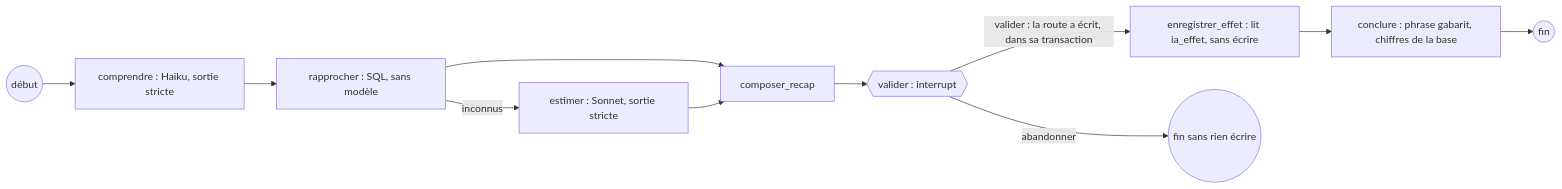
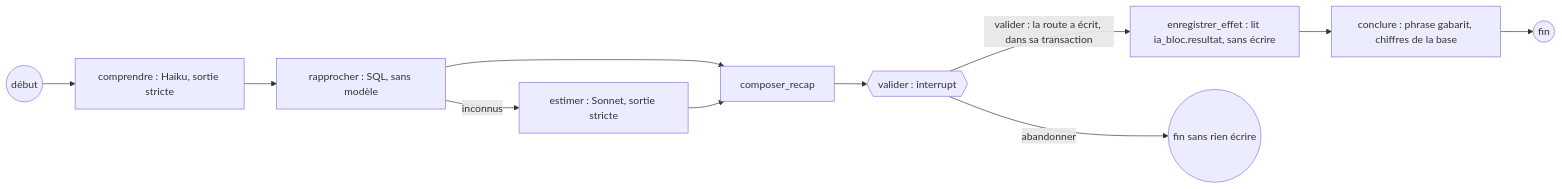
One commit to kamil-bentounes/popote-web changed the fourth of 4 diagrams in docs/superpowers/plans/2026-11-13-socle-0-5-ia.md. Above: the diagram before and after it, drawn with Mermaid. The commit also changed other lines of this file and 1 other file, not shown here.

````diff
--- a/docs/superpowers/plans/2026-11-13-socle-0-5-ia.md
+++ b/docs/superpowers/plans/2026-11-13-socle-0-5-ia.md
@@ -436,13 +436,13 @@
 ```mermaid
 flowchart LR
   S((début)) --> C[comprendre : Haiku, sortie stricte]
   C --> R[rapprocher : SQL, sans modèle]
   R -->|inconnus| E[estimer : Sonnet, sortie stricte]
   R --> B[composer_recap]
   E --> B
   B --> V{{valider : interrupt}}
-  V -->|valider : la route a écrit, dans sa transaction| W[enregistrer_effet : lit ia_effet, sans écrire]
+  V -->|valider : la route a écrit, dans sa transaction| W[enregistrer_effet : lit ia_bloc.resultat, sans écrire]
   V -->|abandonner| X((fin sans rien écrire))
   W --> K[conclure : phrase gabarit, chiffres de la base]
   K --> Y((fin))
 ```
````
